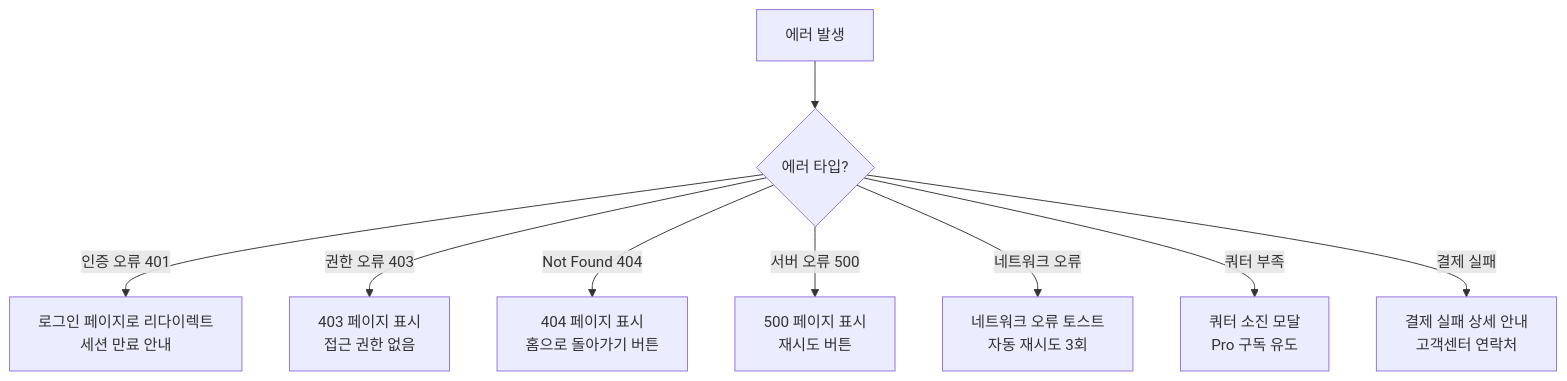
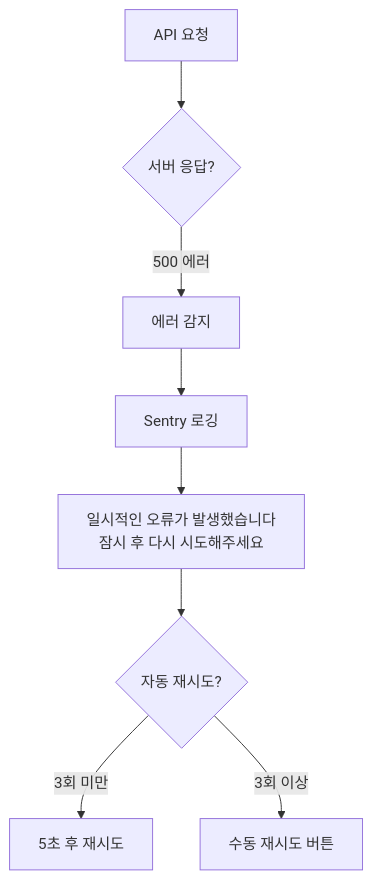
Before and after one commit to idoforgod/3-2-saju: diagram 15 of 17 in docs/userflow.md, drawn with Mermaid. The commit also changed other lines of this file, not shown here.

First line of the commit message:
docs: PRD 기반 상세 사용자 플로우 문서 업데이트

````diff
--- a/docs/userflow.md
+++ b/docs/userflow.md
@@ -543,11 +971,10 @@
 ```mermaid
 flowchart TD
-    A[에러 발생] --> B{에러 타입?}
-    B -->|인증 오류 401| C[로그인 페이지로 리다이렉트<br>세션 만료 안내]
-    B -->|권한 오류 403| D[403 페이지 표시<br>접근 권한 없음]
-    B -->|Not Found 404| E[404 페이지 표시<br>홈으로 돌아가기 버튼]
-    B -->|서버 오류 500| F[500 페이지 표시<br>재시도 버튼]
-    B -->|네트워크 오류| G[네트워크 오류 토스트<br>자동 재시도 3회]
-    B -->|쿼터 부족| H[쿼터 소진 모달<br>Pro 구독 유도]
-    B -->|결제 실패| I[결제 실패 상세 안내<br>고객센터 연락처]
+    A[API 요청] --> B{서버 응답?}
+    B -->|500 에러| C[에러 감지]
+    C --> D[Sentry 로깅]
+    D --> E["일시적인 오류가 발생했습니다<br/>잠시 후 다시 시도해주세요"]
+    E --> F{자동 재시도?}
+    F -->|3회 미만| G[5초 후 재시도]
+    F -->|3회 이상| H[수동 재시도 버튼]
 ```
````
